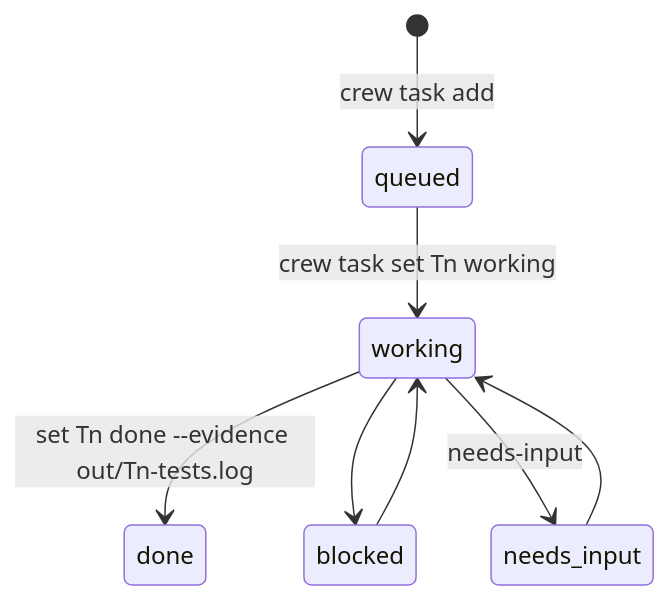
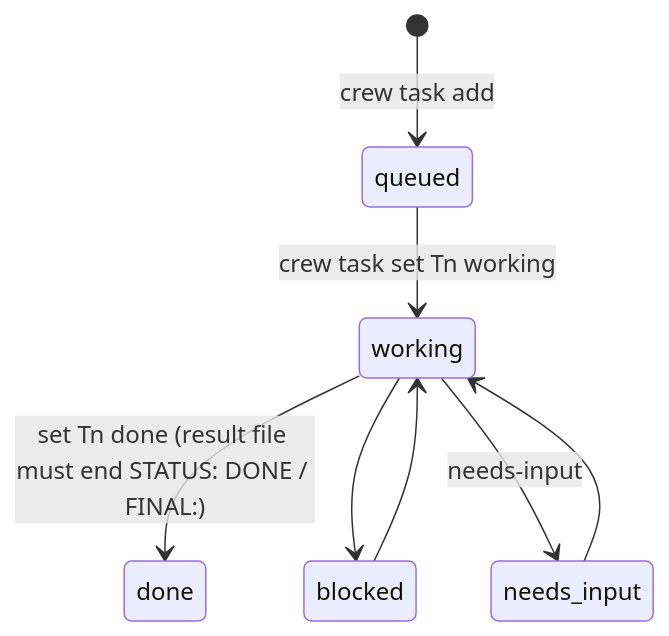
The diagram in lode/cli/tasks.md (mifwar/crew), drawn with Mermaid before and after one commit. The commit also changed other lines of this file and 5 other files, not shown here.

Commit message:
task: gate done on the result file, add {id} and next-id

````diff
--- a/lode/cli/tasks.md
+++ b/lode/cli/tasks.md
@@ -3,10 +3,10 @@
 ```mermaid
 stateDiagram-v2
   [*] --> queued: crew task add
   queued --> working: crew task set Tn working
-  working --> done: set Tn done --evidence out/Tn-tests.log
+  working --> done: set Tn done (result file must end STATUS: DONE / FINAL:)
   working --> blocked
   working --> needs_input: needs-input
   blocked --> working
   needs_input --> working
 ```
````
